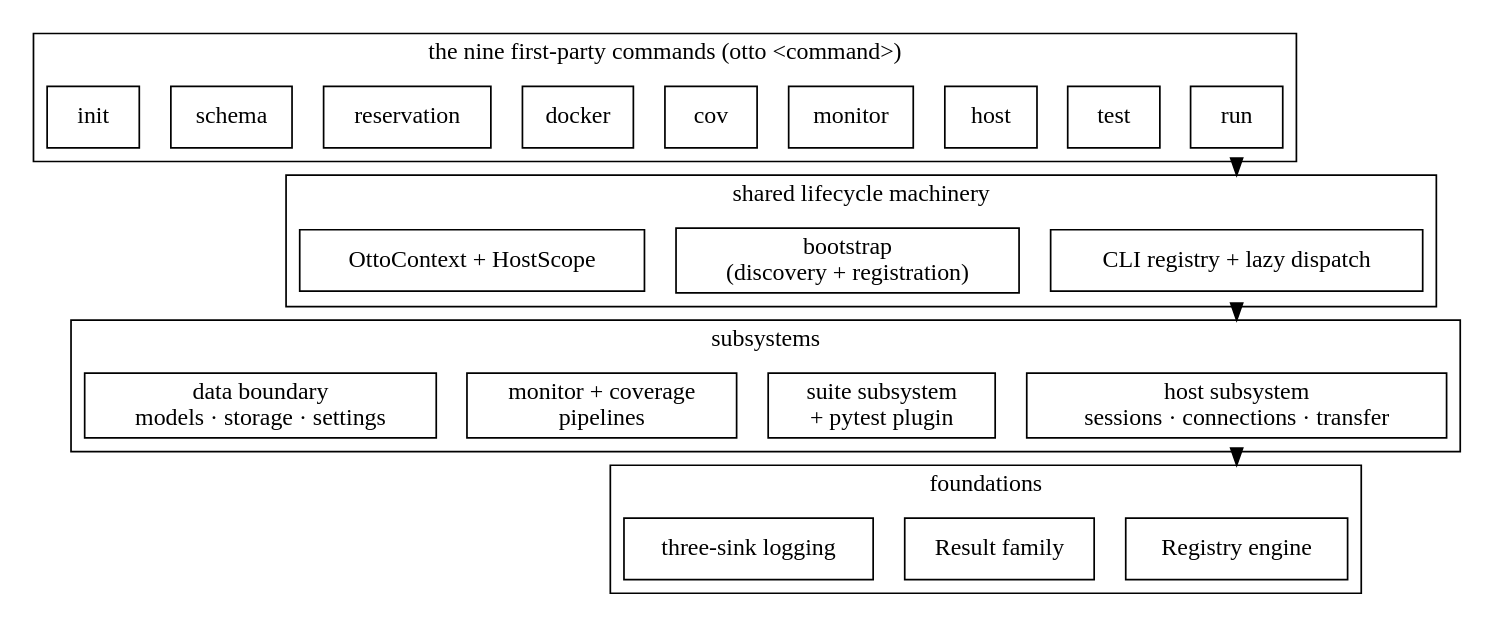
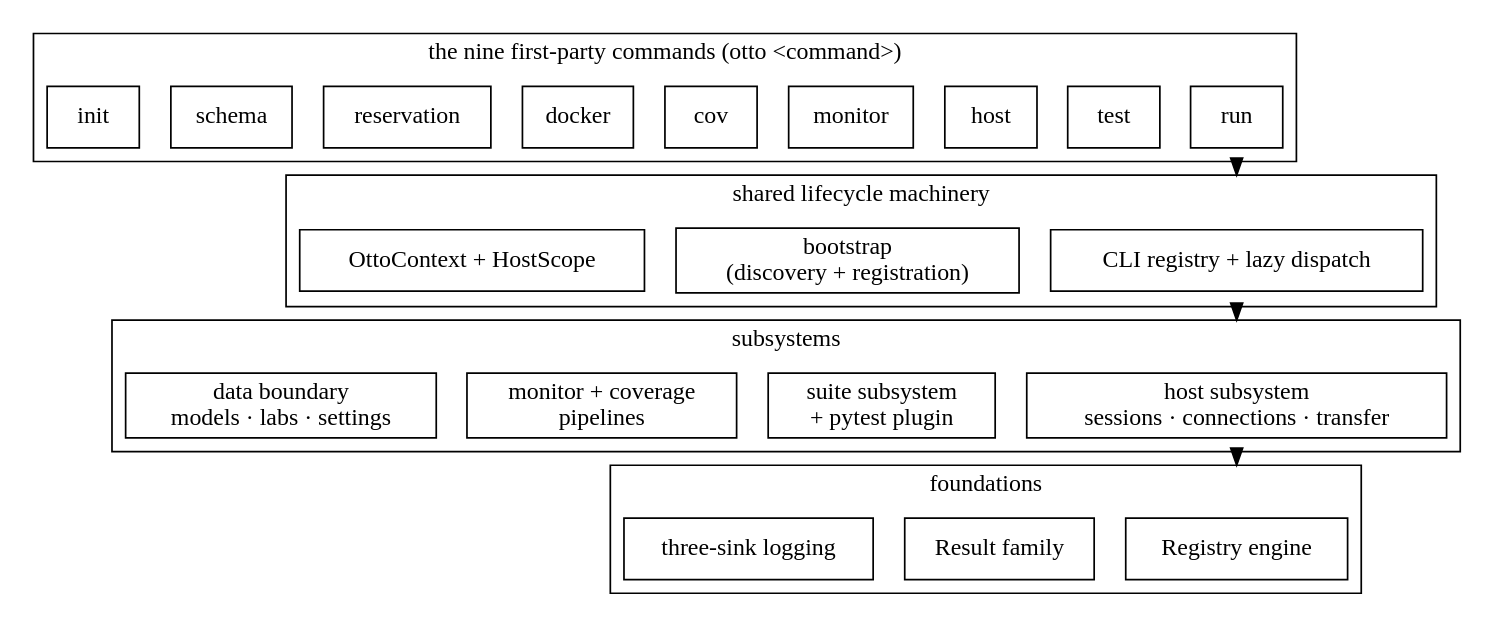
The diagram in docs/architecture/overview.md (ludachrish3/otto-sh), drawn with Graphviz before and after one commit. The commit also changed other lines of this file and 353 other files, not shown here.

````diff
--- a/docs/architecture/overview.md
+++ b/docs/architecture/overview.md
@@ -31,38 +31,38 @@
 ```{graphviz}
 digraph bigpicture {
     rankdir=TB;
     node [shape=box];
     compound=true;
 
     subgraph cluster_commands {
         label="the nine first-party commands (otto <command>)";
         run; test; host; monitor; cov; docker; reservation; schema; init;
     }
 
     subgraph cluster_shared {
         label="shared lifecycle machinery";
         cli [label="CLI registry + lazy dispatch"];
         boot [label="bootstrap\n(discovery + registration)"];
         ctx [label="OttoContext + HostScope"];
     }
 
     subgraph cluster_subsystems {
         label="subsystems";
         hosts [label="host subsystem\nsessions · connections · transfer"];
         suites [label="suite subsystem\n+ pytest plugin"];
         observers [label="monitor + coverage\npipelines"];
-        data [label="data boundary\nmodels · storage · settings"];
+        data [label="data boundary\nmodels · labs · settings"];
     }
 
     subgraph cluster_foundation {
         label="foundations";
         registry [label="Registry engine"];
         result [label="Result family"];
         logging [label="three-sink logging"];
     }
 
     run -> cli [ltail=cluster_commands, lhead=cluster_shared];
     cli -> hosts [ltail=cluster_shared, lhead=cluster_subsystems];
     hosts -> registry [ltail=cluster_subsystems, lhead=cluster_foundation];
 }
 ```
````
